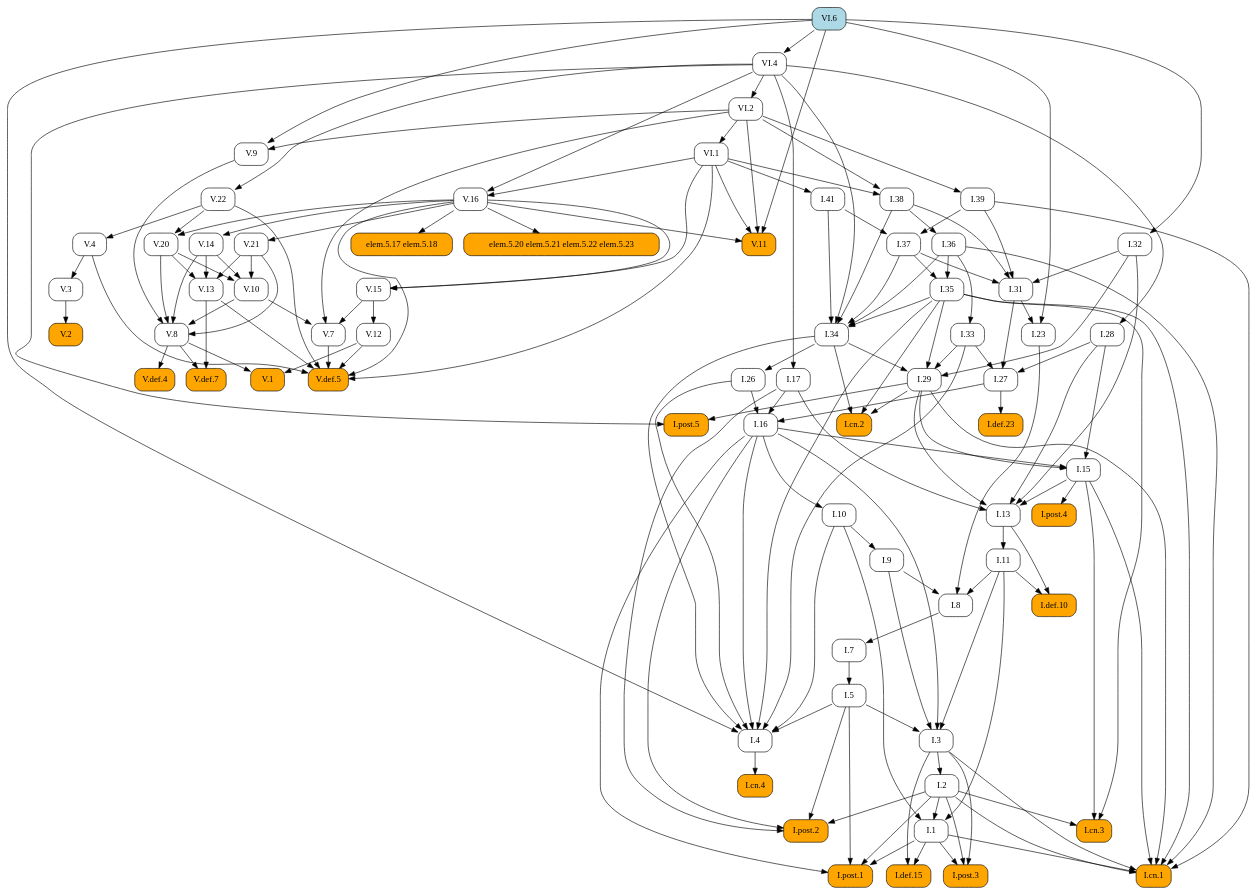
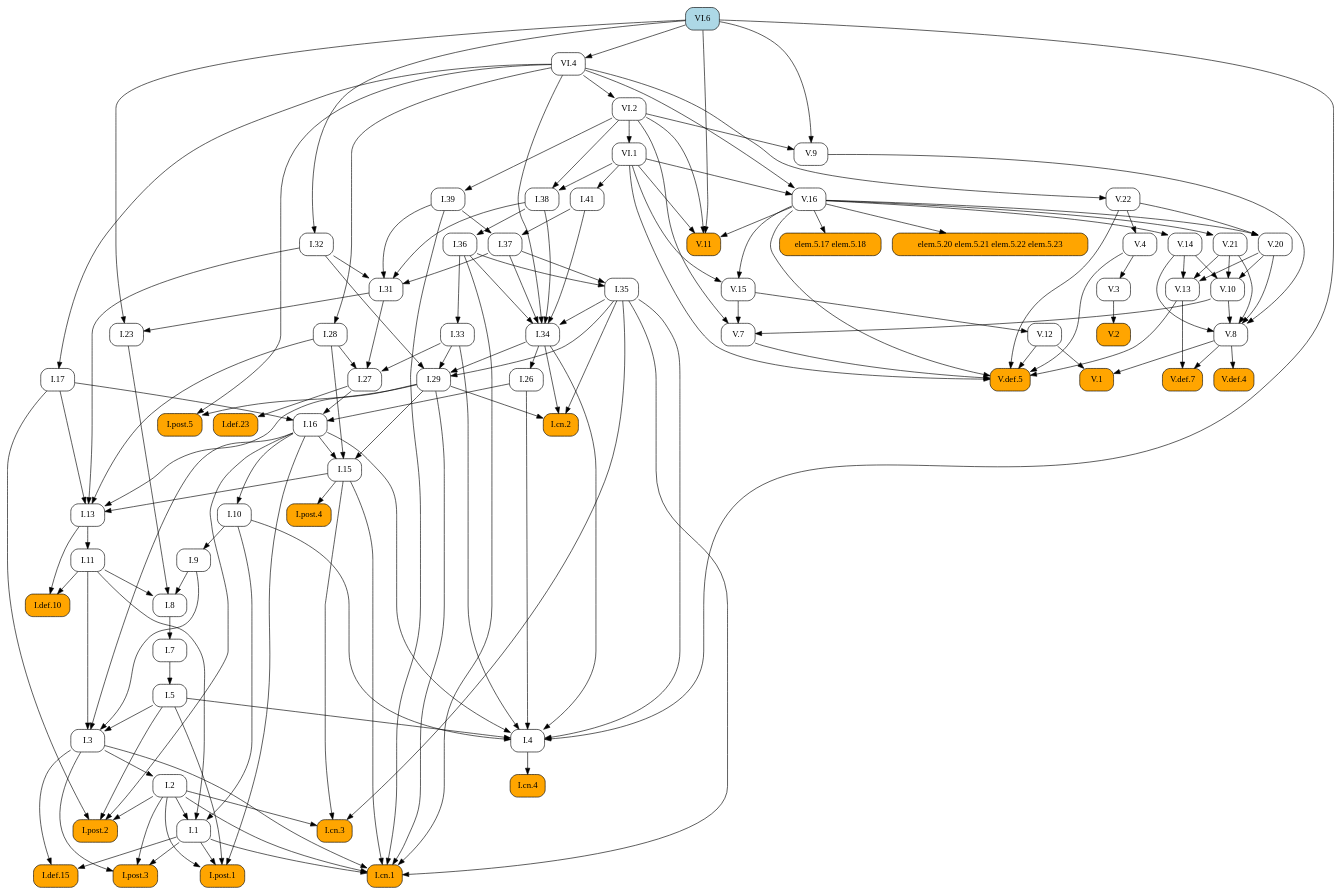
Before and after one commit to geometor/elements: the diagram in docsrc/elements2/VI/6/index.rst, drawn with Graphviz. The commit also changed other lines of this file and 171 other files, not shown here.

```diff
--- a/docsrc/elements2/VI/6/index.rst
+++ b/docsrc/elements2/VI/6/index.rst
@@ -75,153 +75,79 @@
    digraph {
      rankdir="TB";
      node [shape=box, style=rounded];
+     "I.8" [URL="/elements2/I/8/", target="_top"];
+     "V.20" [URL="/elements2/V/20/", target="_top"];
+     "I.36" [URL="/elements2/I/36/", target="_top"];
+     "V.def.5" [style="rounded,filled", fillcolor=orange, URL="/elements2/V/def.5/", target="_top"];
+     "I.38" [URL="/elements2/I/38/", target="_top"];
+     "I.post.5" [style="rounded,filled", fillcolor=orange, URL="/elements2/I/post.5/", target="_top"];
+     "I.def.10" [style="rounded,filled", fillcolor=orange, URL="/elements2/I/def.10/", target="_top"];
+     "I.cn.2" [style="rounded,filled", fillcolor=orange, URL="/elements2/I/cn.2/", target="_top"];
+     "I.31" [URL="/elements2/I/31/", target="_top"];
+     "I.post.2" [style="rounded,filled", fillcolor=orange, URL="/elements2/I/post.2/", target="_top"];
+     "I.def.23" [style="rounded,filled", fillcolor=orange, URL="/elements2/I/def.23/", target="_top"];
+     "I.26" [URL="/elements2/I/26/", target="_top"];
+     "V.3" [URL="/elements2/V/3/", target="_top"];
+     "I.cn.3" [style="rounded,filled", fillcolor=orange, URL="/elements2/I/cn.3/", target="_top"];
+     "V.2" [style="rounded,filled", fillcolor=orange, URL="/elements2/V/2/", target="_top"];
+     "V.12" [URL="/elements2/V/12/", target="_top"];
+     "V.22" [URL="/elements2/V/22/", target="_top"];
+     "I.41" [URL="/elements2/I/41/", target="_top"];
+     "I.35" [URL="/elements2/I/35/", target="_top"];
+     "I.28" [URL="/elements2/I/28/", target="_top"];
+     "I.27" [URL="/elements2/I/27/", target="_top"];
+     "I.4" [URL="/elements2/I/4/", target="_top"];
+     "V.8" [URL="/elements2/V/8/", target="_top"];
+     "VI.2" [URL="/elements2/VI/2/", target="_top"];
+     "I.39" [URL="/elements2/I/39/", target="_top"];
+     "I.15" [URL="/elements2/I/15/", target="_top"];
+     "I.34" [URL="/elements2/I/34/", target="_top"];
+     "I.post.3" [style="rounded,filled", fillcolor=orange, URL="/elements2/I/post.3/", target="_top"];
+     "I.32" [URL="/elements2/I/32/", target="_top"];
+     "V.def.4" [style="rounded,filled", fillcolor=orange, URL="/elements2/V/def.4/", target="_top"];
+     "I.post.1" [style="rounded,filled", fillcolor=orange, URL="/elements2/I/post.1/", target="_top"];
+     "I.33" [URL="/elements2/I/33/", target="_top"];
+     "I.5" [URL="/elements2/I/5/", target="_top"];
      "elem.5.17 elem.5.18" [style="rounded,filled", fillcolor=orange];
-     "V.7" [URL="/elements2/V/7/", target="_top"];
-     "I.32" [URL="/elements2/I/32/", target="_top"];
+     "VI.1" [URL="/elements2/VI/1/", target="_top"];
+     "V.11" [style="rounded,filled", fillcolor=orange, URL="/elements2/V/11/", target="_top"];
+     "V.13" [URL="/elements2/V/13/", target="_top"];
+     "V.9" [URL="/elements2/V/9/", target="_top"];
+     "V.16" [URL="/elements2/V/16/", target="_top"];
+     "I.def.15" [style="rounded,filled", fillcolor=orange, URL="/elements2/I/def.15/", target="_top"];
+     "V.15" [URL="/elements2/V/15/", target="_top"];
+     "I.11" [URL="/elements2/I/11/", target="_top"];
+     "I.3" [URL="/elements2/I/3/", target="_top"];
+     "V.14" [URL="/elements2/V/14/", target="_top"];
      "VI.4" [URL="/elements2/VI/4/", target="_top"];
+     "V.10" [URL="/elements2/V/10/", target="_top"];
+     "I.1" [URL="/elements2/I/1/", target="_top"];
      "I.cn.4" [style="rounded,filled", fillcolor=orange, URL="/elements2/I/cn.4/", target="_top"];
-     "I.post.3" [style="rounded,filled", fillcolor=orange, URL="/elements2/I/post.3/", target="_top"];
-     "V.22" [URL="/elements2/V/22/", target="_top"];
-     "V.def.7" [style="rounded,filled", fillcolor=orange, URL="/elements2/V/def.7/", target="_top"];
-     "I.41" [URL="/elements2/I/41/", target="_top"];
-     "I.27" [URL="/elements2/I/27/", target="_top"];
-     "I.post.2" [style="rounded,filled", fillcolor=orange, URL="/elements2/I/post.2/", target="_top"];
-     "I.13" [URL="/elements2/I/13/", target="_top"];
-     "I.10" [URL="/elements2/I/10/", target="_top"];
-     "I.post.1" [style="rounded,filled", fillcolor=orange, URL="/elements2/I/post.1/", target="_top"];
+     "I.23" [URL="/elements2/I/23/", target="_top"];
      "I.7" [URL="/elements2/I/7/", target="_top"];
-     "V.13" [URL="/elements2/V/13/", target="_top"];
-     "V.16" [URL="/elements2/V/16/", target="_top"];
-     "V.1" [style="rounded,filled", fillcolor=orange, URL="/elements2/V/1/", target="_top"];
-     "V.8" [URL="/elements2/V/8/", target="_top"];
-     "elem.5.20 elem.5.21 elem.5.22 elem.5.23" [style="rounded,filled", fillcolor=orange];
-     "I.9" [URL="/elements2/I/9/", target="_top"];
-     "I.8" [URL="/elements2/I/8/", target="_top"];
-     "I.38" [URL="/elements2/I/38/", target="_top"];
-     "I.23" [URL="/elements2/I/23/", target="_top"];
-     "I.15" [URL="/elements2/I/15/", target="_top"];
-     "I.26" [URL="/elements2/I/26/", target="_top"];
-     "V.4" [URL="/elements2/V/4/", target="_top"];
-     "VI.1" [URL="/elements2/VI/1/", target="_top"];
-     "I.1" [URL="/elements2/I/1/", target="_top"];
-     "I.3" [URL="/elements2/I/3/", target="_top"];
-     "I.cn.3" [style="rounded,filled", fillcolor=orange, URL="/elements2/I/cn.3/", target="_top"];
      "I.17" [URL="/elements2/I/17/", target="_top"];
      "VI.6" [style="rounded,filled", fillcolor=lightblue, URL="/elements2/VI/6/", target="_top"];
-     "I.37" [URL="/elements2/I/37/", target="_top"];
-     "I.def.10" [style="rounded,filled", fillcolor=orange, URL="/elements2/I/def.10/", target="_top"];
-     "I.34" [URL="/elements2/I/34/", target="_top"];
-     "V.def.5" [style="rounded,filled", fillcolor=orange, URL="/elements2/V/def.5/", target="_top"];
-     "I.def.15" [style="rounded,filled", fillcolor=orange, URL="/elements2/I/def.15/", target="_top"];
-     "I.28" [URL="/elements2/I/28/", target="_top"];
-     "I.36" [URL="/elements2/I/36/", target="_top"];
-     "V.10" [URL="/elements2/V/10/", target="_top"];
-     "V.14" [URL="/elements2/V/14/", target="_top"];
-     "V.15" [URL="/elements2/V/15/", target="_top"];
-     "I.11" [URL="/elements2/I/11/", target="_top"];
-     "I.4" [URL="/elements2/I/4/", target="_top"];
+     "I.9" [URL="/elements2/I/9/", target="_top"];
+     "V.1" [style="rounded,filled", fillcolor=orange, URL="/elements2/V/1/", target="_top"];
+     "I.cn.1" [style="rounded,filled", fillcolor=orange, URL="/elements2/I/cn.1/", target="_top"];
+     "I.29" [URL="/elements2/I/29/", target="_top"];
      "I.16" [URL="/elements2/I/16/", target="_top"];
      "V.21" [URL="/elements2/V/21/", target="_top"];
-     "I.def.23" [style="rounded,filled", fillcolor=orange, URL="/elements2/I/def.23/", target="_top"];
+     "I.13" [URL="/elements2/I/13/", target="_top"];
+     "elem.5.20 elem.5.21 elem.5.22 elem.5.23" [style="rounded,filled", fillcolor=orange];
+     "V.7" [URL="/elements2/V/7/", target="_top"];
+     "I.post.4" [style="rounded,filled", fillcolor=orange, URL="/elements2/I/post.4/", target="_top"];
      "I.2" [URL="/elements2/I/2/", target="_top"];
-     "I.cn.2" [style="rounded,filled", fillcolor=orange, URL="/elements2/I/cn.2/", target="_top"];
-     "I.post.5" [style="rounded,filled", fillcolor=orange, URL="/elements2/I/post.5/", target="_top"];
-     "VI.2" [URL="/elements2/VI/2/", target="_top"];
-     "V.3" [URL="/elements2/V/3/", target="_top"];
-     "V.def.4" [style="rounded,filled", fillcolor=orange, URL="/elements2/V/def.4/", target="_top"];
-     "I.35" [URL="/elements2/I/35/", target="_top"];
-     "V.11" [style="rounded,filled", fillcolor=orange, URL="/elements2/V/11/", target="_top"];
-     "V.2" [style="rounded,filled", fillcolor=orange, URL="/elements2/V/2/", target="_top"];
-     "I.31" [URL="/elements2/I/31/", target="_top"];
-     "I.33" [URL="/elements2/I/33/", target="_top"];
-     "I.post.4" [style="rounded,filled", fillcolor=orange, URL="/elements2/I/post.4/", target="_top"];
-     "I.39" [URL="/elements2/I/39/", target="_top"];
-     "I.cn.1" [style="rounded,filled", fillcolor=orange, URL="/elements2/I/cn.1/", target="_top"];
-     "V.9" [URL="/elements2/V/9/", target="_top"];
-     "I.29" [URL="/elements2/I/29/", target="_top"];
-     "I.5" [URL="/elements2/I/5/", target="_top"];
-     "V.12" [URL="/elements2/V/12/", target="_top"];
-     "V.20" [URL="/elements2/V/20/", target="_top"];
-     "V.16" -> "elem.5.17 elem.5.18";
-     "V.10" -> "V.7";
-     "V.15" -> "V.7";
-     "VI.2" -> "V.7";
-     "VI.6" -> "I.32";
-     "VI.6" -> "VI.4";
-     "I.4" -> "I.cn.4";
-     "I.1" -> "I.post.3";
-     "I.2" -> "I.post.3";
-     "I.3" -> "I.post.3";
-     "VI.4" -> "V.22";
-     "V.8" -> "V.def.7";
-     "V.13" -> "V.def.7";
-     "VI.1" -> "I.41";
-     "I.28" -> "I.27";
-     "I.31" -> "I.27";
-     "I.33" -> "I.27";
-     "I.2" -> "I.post.2";
-     "I.5" -> "I.post.2";
-     "I.16" -> "I.post.2";
-     "I.17" -> "I.post.2";
-     "I.15" -> "I.13";
-     "I.17" -> "I.13";
-     "I.28" -> "I.13";
-     "I.29" -> "I.13";
-     "I.32" -> "I.13";
-     "I.16" -> "I.10";
-     "I.1" -> "I.post.1";
-     "I.2" -> "I.post.1";
-     "I.5" -> "I.post.1";
-     "I.16" -> "I.post.1";
-     "I.8" -> "I.7";
-     "V.14" -> "V.13";
-     "V.20" -> "V.13";
-     "V.21" -> "V.13";
-     "VI.1" -> "V.16";
-     "VI.4" -> "V.16";
-     "V.8" -> "V.1";
-     "V.12" -> "V.1";
-     "V.9" -> "V.8";
-     "V.10" -> "V.8";
-     "V.14" -> "V.8";
-     "V.20" -> "V.8";
-     "V.21" -> "V.8";
-     "V.16" -> "elem.5.20 elem.5.21 elem.5.22 elem.5.23";
-     "I.10" -> "I.9";
+     "I.37" [URL="/elements2/I/37/", target="_top"];
+     "I.10" [URL="/elements2/I/10/", target="_top"];
+     "V.def.7" [style="rounded,filled", fillcolor=orange, URL="/elements2/V/def.7/", target="_top"];
+     "V.4" [URL="/elements2/V/4/", target="_top"];
      "I.9" -> "I.8";
      "I.11" -> "I.8";
      "I.23" -> "I.8";
-     "VI.1" -> "I.38";
-     "VI.2" -> "I.38";
-     "I.31" -> "I.23";
-     "VI.6" -> "I.23";
-     "I.16" -> "I.15";
-     "I.28" -> "I.15";
-     "I.29" -> "I.15";
-     "I.34" -> "I.26";
-     "V.22" -> "V.4";
-     "VI.2" -> "VI.1";
-     "I.2" -> "I.1";
-     "I.10" -> "I.1";
-     "I.11" -> "I.1";
-     "I.5" -> "I.3";
-     "I.9" -> "I.3";
-     "I.11" -> "I.3";
-     "I.16" -> "I.3";
-     "I.2" -> "I.cn.3";
-     "I.15" -> "I.cn.3";
-     "I.35" -> "I.cn.3";
-     "VI.4" -> "I.17";
-     "I.39" -> "I.37";
-     "I.41" -> "I.37";
-     "I.11" -> "I.def.10";
-     "I.13" -> "I.def.10";
-     "I.35" -> "I.34";
-     "I.36" -> "I.34";
-     "I.37" -> "I.34";
-     "I.38" -> "I.34";
-     "I.41" -> "I.34";
-     "VI.4" -> "I.34";
+     "V.16" -> "V.20";
+     "V.22" -> "V.20";
+     "I.38" -> "I.36";
      "V.4" -> "V.def.5";
      "V.7" -> "V.def.5";
      "V.12" -> "V.def.5";
@@ -229,17 +155,39 @@
      "V.16" -> "V.def.5";
      "V.22" -> "V.def.5";
      "VI.1" -> "V.def.5";
-     "I.1" -> "I.def.15";
-     "I.3" -> "I.def.15";
+     "VI.1" -> "I.38";
+     "VI.2" -> "I.38";
+     "I.29" -> "I.post.5";
+     "VI.4" -> "I.post.5";
+     "I.11" -> "I.def.10";
+     "I.13" -> "I.def.10";
+     "I.29" -> "I.cn.2";
+     "I.34" -> "I.cn.2";
+     "I.35" -> "I.cn.2";
+     "I.32" -> "I.31";
+     "I.37" -> "I.31";
+     "I.38" -> "I.31";
+     "I.39" -> "I.31";
+     "I.2" -> "I.post.2";
+     "I.5" -> "I.post.2";
+     "I.16" -> "I.post.2";
+     "I.17" -> "I.post.2";
+     "I.27" -> "I.def.23";
+     "I.34" -> "I.26";
+     "V.4" -> "V.3";
+     "I.2" -> "I.cn.3";
+     "I.15" -> "I.cn.3";
+     "I.35" -> "I.cn.3";
+     "V.3" -> "V.2";
+     "V.15" -> "V.12";
+     "VI.4" -> "V.22";
+     "VI.1" -> "I.41";
+     "I.36" -> "I.35";
+     "I.37" -> "I.35";
      "VI.4" -> "I.28";
-     "I.38" -> "I.36";
-     "V.14" -> "V.10";
-     "V.20" -> "V.10";
-     "V.21" -> "V.10";
-     "V.16" -> "V.14";
-     "V.16" -> "V.15";
-     "VI.1" -> "V.15";
-     "I.13" -> "I.11";
+     "I.28" -> "I.27";
+     "I.31" -> "I.27";
+     "I.33" -> "I.27";
      "I.5" -> "I.4";
      "I.10" -> "I.4";
      "I.16" -> "I.4";
@@ -248,34 +196,71 @@
      "I.34" -> "I.4";
      "I.35" -> "I.4";
      "VI.6" -> "I.4";
-     "I.17" -> "I.16";
-     "I.26" -> "I.16";
-     "I.27" -> "I.16";
-     "V.16" -> "V.21";
-     "I.27" -> "I.def.23";
-     "I.3" -> "I.2";
-     "I.29" -> "I.cn.2";
-     "I.34" -> "I.cn.2";
-     "I.35" -> "I.cn.2";
-     "I.29" -> "I.post.5";
-     "VI.4" -> "I.post.5";
+     "V.9" -> "V.8";
+     "V.10" -> "V.8";
+     "V.14" -> "V.8";
+     "V.20" -> "V.8";
+     "V.21" -> "V.8";
      "VI.4" -> "VI.2";
-     "V.4" -> "V.3";
+     "VI.2" -> "I.39";
+     "I.16" -> "I.15";
+     "I.28" -> "I.15";
+     "I.29" -> "I.15";
+     "I.35" -> "I.34";
+     "I.36" -> "I.34";
+     "I.37" -> "I.34";
+     "I.38" -> "I.34";
+     "I.41" -> "I.34";
+     "VI.4" -> "I.34";
+     "I.1" -> "I.post.3";
+     "I.2" -> "I.post.3";
+     "I.3" -> "I.post.3";
+     "VI.6" -> "I.32";
      "V.8" -> "V.def.4";
-     "I.36" -> "I.35";
-     "I.37" -> "I.35";
+     "I.1" -> "I.post.1";
+     "I.2" -> "I.post.1";
+     "I.5" -> "I.post.1";
+     "I.16" -> "I.post.1";
+     "I.36" -> "I.33";
+     "I.7" -> "I.5";
+     "V.16" -> "elem.5.17 elem.5.18";
+     "VI.2" -> "VI.1";
      "V.16" -> "V.11";
      "VI.1" -> "V.11";
      "VI.2" -> "V.11";
      "VI.6" -> "V.11";
-     "V.3" -> "V.2";
-     "I.32" -> "I.31";
-     "I.37" -> "I.31";
-     "I.38" -> "I.31";
-     "I.39" -> "I.31";
-     "I.36" -> "I.33";
-     "I.15" -> "I.post.4";
-     "VI.2" -> "I.39";
+     "V.14" -> "V.13";
+     "V.20" -> "V.13";
+     "V.21" -> "V.13";
+     "VI.2" -> "V.9";
+     "VI.6" -> "V.9";
+     "VI.1" -> "V.16";
+     "VI.4" -> "V.16";
+     "I.1" -> "I.def.15";
+     "I.3" -> "I.def.15";
+     "V.16" -> "V.15";
+     "VI.1" -> "V.15";
+     "I.13" -> "I.11";
+     "I.5" -> "I.3";
+     "I.9" -> "I.3";
+     "I.11" -> "I.3";
+     "I.16" -> "I.3";
+     "V.16" -> "V.14";
+     "VI.6" -> "VI.4";
+     "V.14" -> "V.10";
+     "V.20" -> "V.10";
+     "V.21" -> "V.10";
+     "I.2" -> "I.1";
+     "I.10" -> "I.1";
+     "I.11" -> "I.1";
+     "I.4" -> "I.cn.4";
+     "I.31" -> "I.23";
+     "VI.6" -> "I.23";
+     "I.8" -> "I.7";
+     "VI.4" -> "I.17";
+     "I.10" -> "I.9";
+     "V.8" -> "V.1";
+     "V.12" -> "V.1";
      "I.1" -> "I.cn.1";
      "I.2" -> "I.cn.1";
      "I.3" -> "I.cn.1";
@@ -284,14 +269,29 @@
      "I.35" -> "I.cn.1";
      "I.36" -> "I.cn.1";
      "I.39" -> "I.cn.1";
-     "VI.2" -> "V.9";
-     "VI.6" -> "V.9";
      "I.32" -> "I.29";
      "I.33" -> "I.29";
      "I.34" -> "I.29";
      "I.35" -> "I.29";
-     "I.7" -> "I.5";
-     "V.15" -> "V.12";
-     "V.16" -> "V.20";
-     "V.22" -> "V.20";
+     "I.17" -> "I.16";
+     "I.26" -> "I.16";
+     "I.27" -> "I.16";
+     "V.16" -> "V.21";
+     "I.15" -> "I.13";
+     "I.17" -> "I.13";
+     "I.28" -> "I.13";
+     "I.29" -> "I.13";
+     "I.32" -> "I.13";
+     "V.16" -> "elem.5.20 elem.5.21 elem.5.22 elem.5.23";
+     "V.10" -> "V.7";
+     "V.15" -> "V.7";
+     "VI.2" -> "V.7";
+     "I.15" -> "I.post.4";
+     "I.3" -> "I.2";
+     "I.39" -> "I.37";
+     "I.41" -> "I.37";
+     "I.16" -> "I.10";
+     "V.8" -> "V.def.7";
+     "V.13" -> "V.def.7";
+     "V.22" -> "V.4";
    }
```
